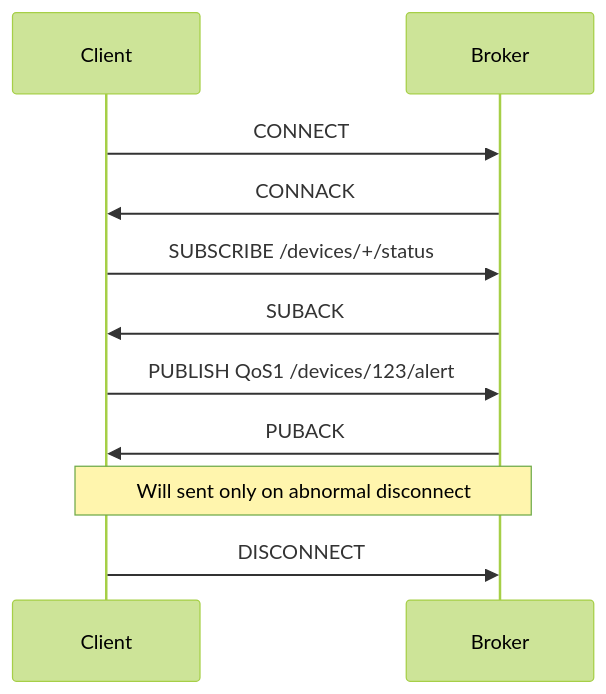
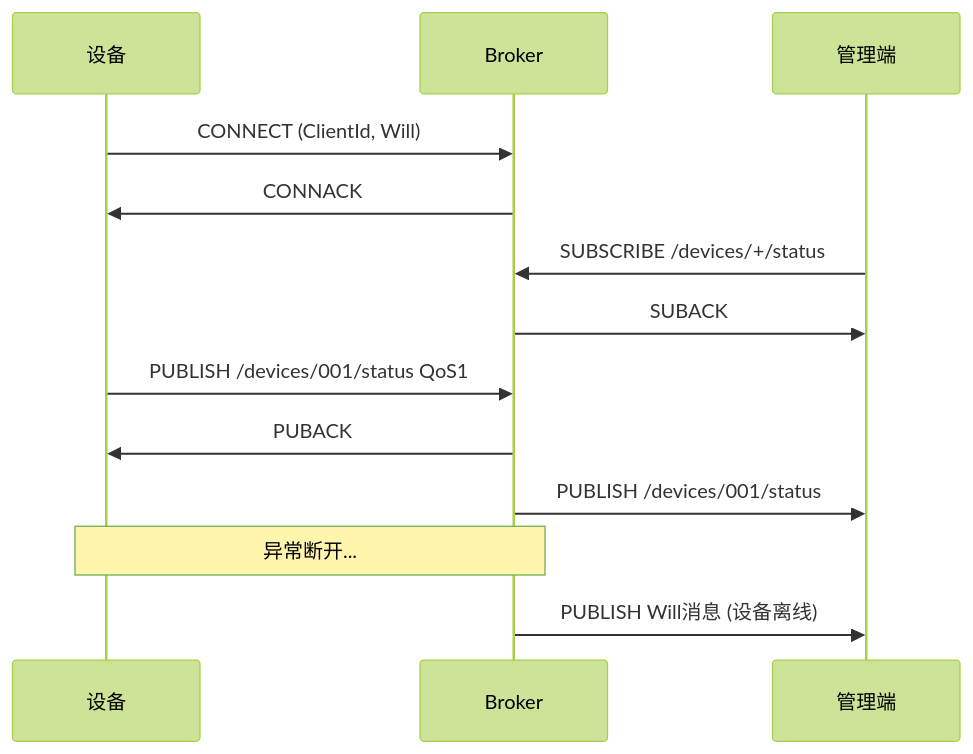
The third of 4 diagrams in doc/interview_prep/MQTT详解.md (dswcpp/resume-system), drawn with Mermaid (forest theme) before and after one commit. The commit also changed other lines of this file and 24 other files, not shown here.

````diff
--- a/doc/interview_prep/MQTT详解.md
+++ b/doc/interview_prep/MQTT详解.md
@@ -29,13 +416,19 @@
 ```mermaid
 sequenceDiagram
-    participant Client
-    participant Broker
-    Client->>Broker: CONNECT
-    Broker->>Client: CONNACK
-    Client->>Broker: SUBSCRIBE /devices/+/status
-    Broker->>Client: SUBACK
-    Client->>Broker: PUBLISH QoS1 /devices/123/alert
-    Broker->>Client: PUBACK
-    Note over Client,Broker: Will sent only on abnormal disconnect
-    Client->>Broker: DISCONNECT
+    participant D as 设备
+    participant B as Broker
+    participant M as 管理端
+    
+    D->>B: CONNECT (ClientId, Will)
+    B->>D: CONNACK
+    
+    M->>B: SUBSCRIBE /devices/+/status
+    B->>M: SUBACK
+    
+    D->>B: PUBLISH /devices/001/status QoS1
+    B->>D: PUBACK
+    B->>M: PUBLISH /devices/001/status
+    
+    Note over D,B: 异常断开...
+    B->>M: PUBLISH Will消息 (设备离线)
 ```
````
